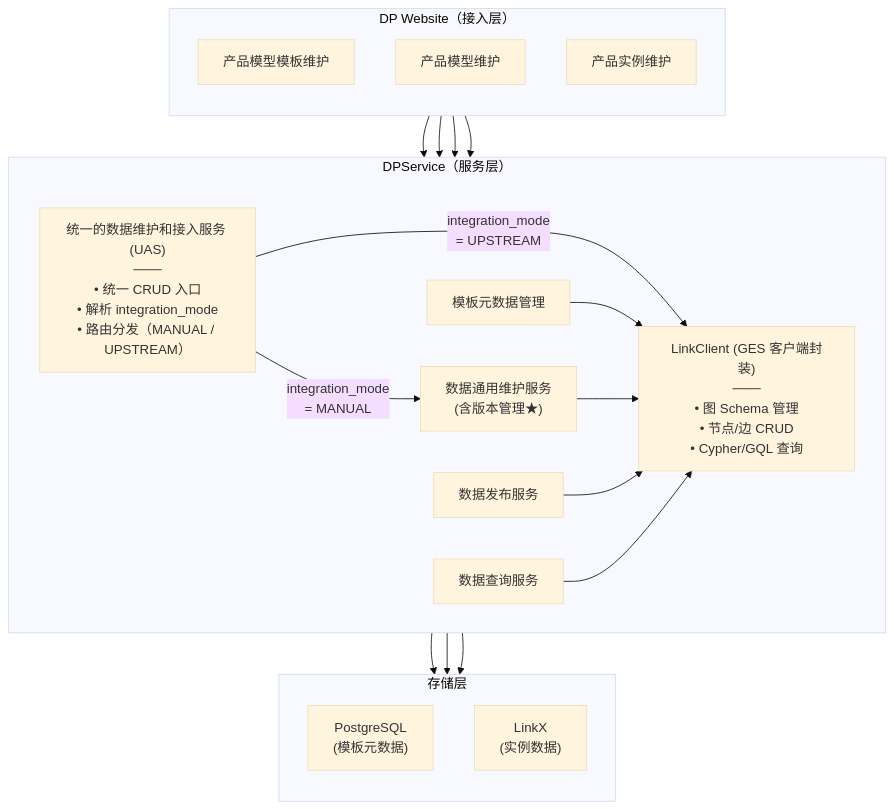
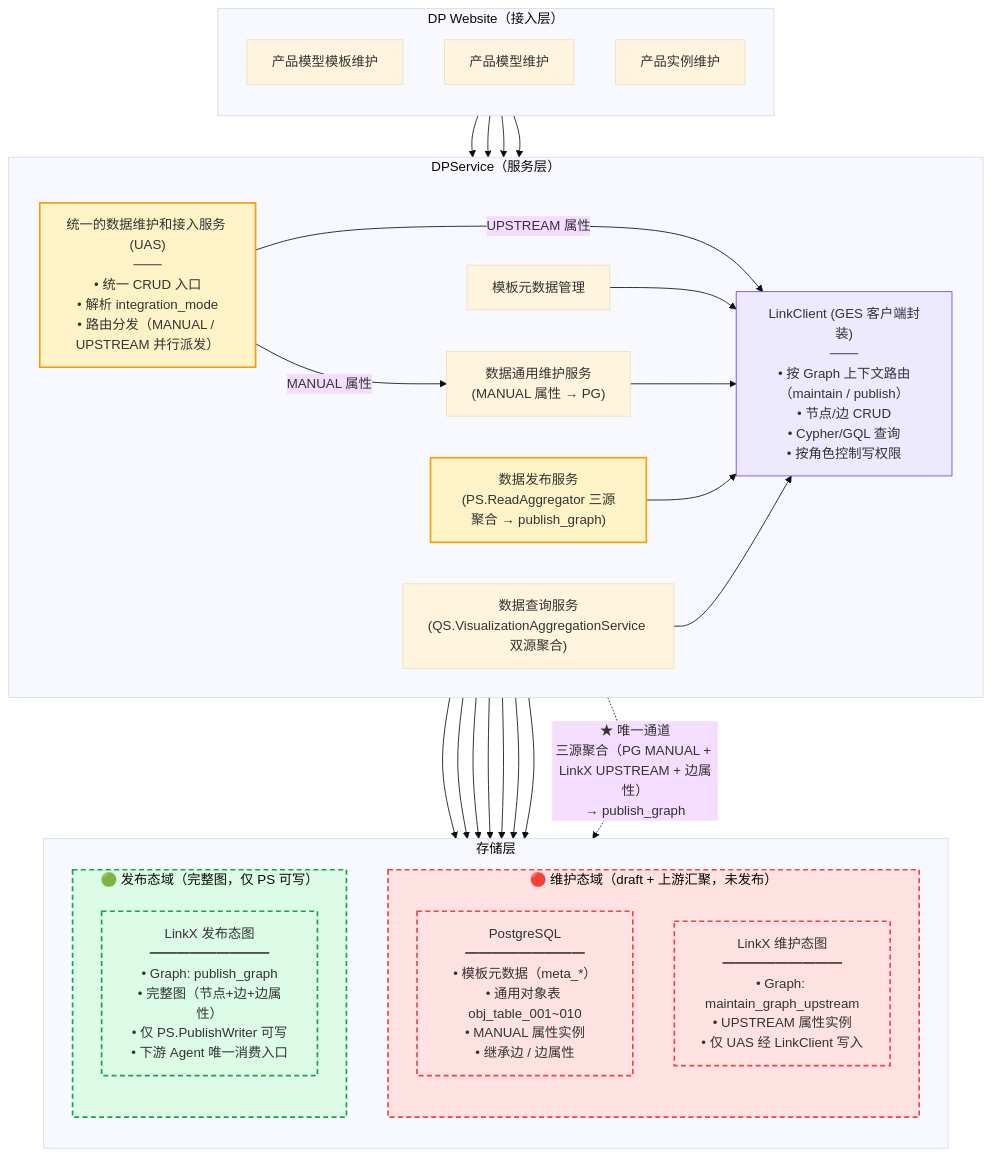
One commit to goflyboy/digitalproduct changed the first of 20 diagrams in docs/数字产品系统架构设计说明书.md. Above: the diagram before and after it, drawn with Mermaid (base theme). The commit also changed other lines of this file and 2 other files, not shown here.

````diff
--- a/docs/数字产品系统架构设计说明书.md
+++ b/docs/数字产品系统架构设计说明书.md
@@ -1455,45 +1455,71 @@
 ```mermaid
 flowchart TB
     subgraph DPWebsite["DP Website（接入层）"]
         direction TB
         T1["产品模型模板维护"]
         T2["产品模型维护"]
         T3["产品实例维护"]
     end
 
     subgraph DPService["DPService（服务层）"]
         direction TB
 
-        UAS["统一的数据维护和接入服务 (UAS)<br/>───<br/>• 统一 CRUD 入口<br/>• 解析 integration_mode<br/>• 路由分发（MANUAL / UPSTREAM）"]
+        UAS["统一的数据维护和接入服务 (UAS)<br/>───<br/>• 统一 CRUD 入口<br/>• 解析 integration_mode<br/>• 路由分发（MANUAL / UPSTREAM 并行派发）"]
 
         direction LR
         TM["模板元数据管理"]
-        MS["数据通用维护服务<br/>(含版本管理★)"]
-        PS["数据发布服务"]
-        QS["数据查询服务"]
-        LC["LinkClient (GES 客户端封装)<br/>───<br/>• 图 Schema 管理<br/>• 节点/边 CRUD<br/>• Cypher/GQL 查询"]
+        MS["数据通用维护服务<br/>(MANUAL 属性 → PG)"]
+        PS["数据发布服务<br/>(PS.ReadAggregator 三源聚合 → publish_graph)"]
+        QS["数据查询服务<br/>(QS.VisualizationAggregationService 双源聚合)"]
+        LC["LinkClient (GES 客户端封装)<br/>───<br/>• 按 Graph 上下文路由（maintain / publish）<br/>• 节点/边 CRUD<br/>• Cypher/GQL 查询<br/>• 按角色控制写权限"]
     end
 
     subgraph Storage["存储层"]
         direction TB
-        PG["PostgreSQL<br/>(模板元数据)"]
-        LinkX["LinkX<br/>(实例数据)"]
+
+        subgraph Maintain["🔴 维护态域（draft + 上游汇聚，未发布）"]
+            direction TB
+            PG["PostgreSQL<br/>━━━━━━━━━<br/>• 模板元数据（meta_*）<br/>• 通用对象表 obj_table_001~010<br/>• MANUAL 属性实例<br/>• 继承边 / 边属性"]
+            LNK_M["LinkX 维护态图<br/>━━━━━━━━━<br/>• Graph: maintain_graph_upstream<br/>• UPSTREAM 属性实例<br/>• 仅 UAS 经 LinkClient 写入"]
+        end
+
+        subgraph Publish["🟢 发布态域（完整图，仅 PS 可写）"]
+            direction TB
+            LNK_P["LinkX 发布态图<br/>━━━━━━━━━<br/>• Graph: publish_graph<br/>• 完整图（节点+边+边属性）<br/>• 仅 PS.PublishWriter 可写<br/>• 下游 Agent 唯一消费入口"]
+        end
     end
 
     T1 --> UAS
     T2 --> UAS
     T3 --> UAS
 
     T1 --> TM
-    UAS -->|"integration_mode<br/>= MANUAL"| MS
-    UAS -->|"integration_mode<br/>= UPSTREAM"| LC
+    UAS -->|"MANUAL 属性"| MS
+    UAS -->|"UPSTREAM 属性"| LC
 
+    TM --> PG
     TM --> LC
-    TM --> PG
     MS --> LC
+    MS --> PG
+    PS --> PG
     PS --> LC
+    QS --> PG
     QS --> LC
 
     LC --> PG
-    LC --> LinkX
+    LC --> LNK_M
+    LC --> LNK_P
+
+    %% 跨态通道（唯一）
+    PS -.->|"★ 唯一通道<br/>三源聚合（PG MANUAL + LinkX UPSTREAM + 边属性）<br/>→ publish_graph"| LNK_P
+
+    classDef gate fill:#fef3c7,stroke:#f59e0b,stroke-width:2px;
+    class UAS,PS gate;
+    classDef maintainBox fill:#fee2e2,stroke:#ef4444,stroke-width:2px,stroke-dasharray: 6 4;
+    class Maintain,PG,LNK_M maintainBox;
+    classDef publishBox fill:#dcfce7,stroke:#16a34a,stroke-width:2px,stroke-dasharray: 6 4;
+    class Publish,LNK_P publishBox;
+    classDef store fill:#dbeafe,stroke:#3b82f6;
+    classDef lc fill:#ede9fe,stroke:#7c3aed;
+    class LC lc;
 ```
````
